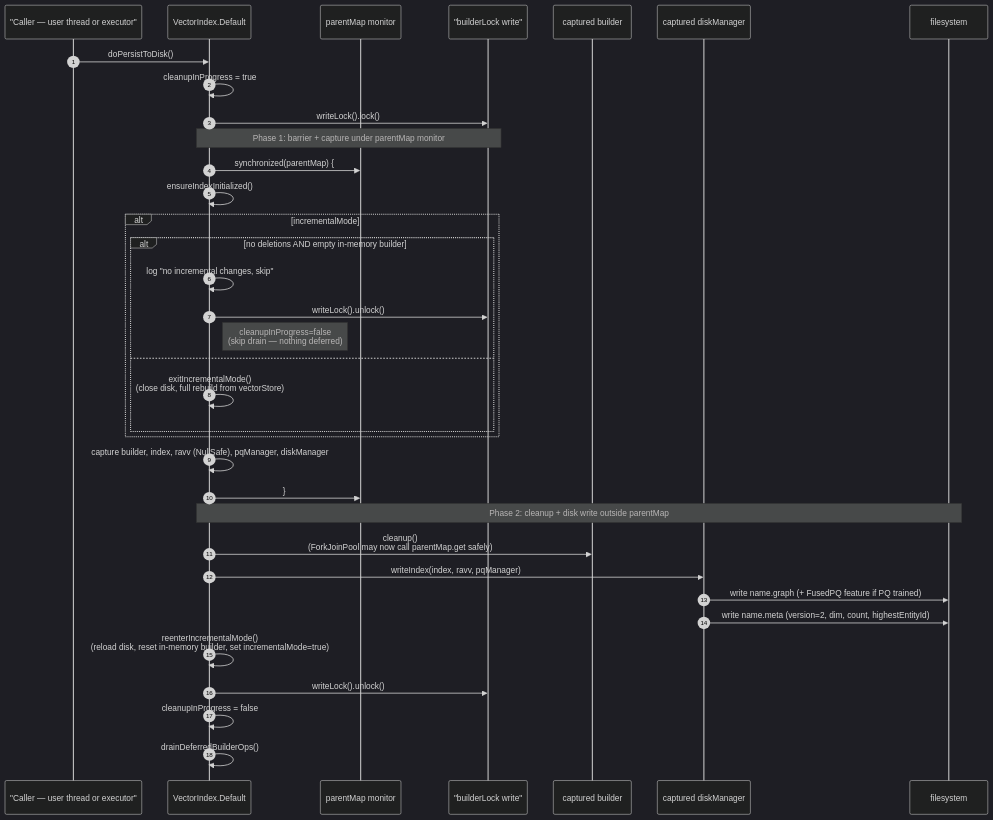
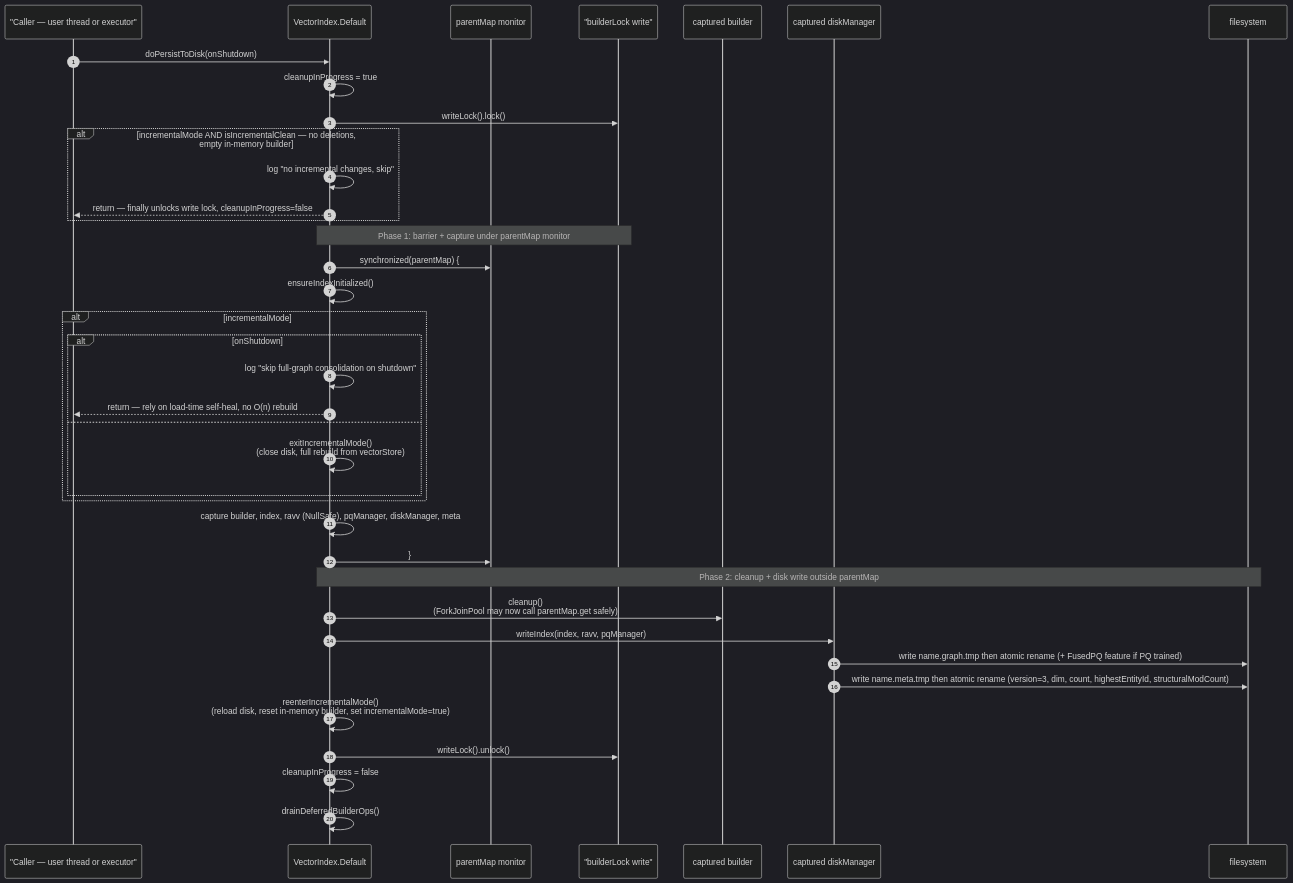
One commit to eclipse-store/store changed the seventh of 10 diagrams in gigamap/jvector/ARCHITECTURE.md. Above: the diagram before and after it, drawn with Mermaid (dark theme). The commit also changed other lines of this file and 7 other files, not shown here.

First line of the commit message:
Don't rebuild the full jVector graph on shutdown persist (#112) (#774)

````diff
--- a/gigamap/jvector/ARCHITECTURE.md
+++ b/gigamap/jvector/ARCHITECTURE.md
@@ -510,42 +510,46 @@
 ```mermaid
 sequenceDiagram
     autonumber
     participant Caller as "Caller — user thread or executor"
     participant VI as VectorIndex.Default
     participant PM as parentMap monitor
     participant L as "builderLock write"
     participant Bx as captured builder
     participant DIM as captured diskManager
     participant FS as filesystem
 
-    Caller->>VI: doPersistToDisk()
+    Caller->>VI: doPersistToDisk(onShutdown)
     VI->>VI: cleanupInProgress = true
     VI->>L: writeLock().lock()
+
+    alt incrementalMode AND isIncrementalClean — no deletions, empty in-memory builder
+        VI->>VI: log "no incremental changes, skip"
+        VI-->>Caller: return — finally unlocks write lock, cleanupInProgress=false
+    end
 
     Note over VI,L: Phase 1: barrier + capture under parentMap monitor
 
     VI->>PM: synchronized(parentMap) {
     VI->>VI: ensureIndexInitialized()
     alt incrementalMode
-        alt no deletions AND empty in-memory builder
-            VI->>VI: log "no incremental changes, skip"
-            VI->>L: writeLock().unlock()
-            Note right of VI: cleanupInProgress=false<br/>(skip drain — nothing deferred)
+        alt onShutdown
+            VI->>VI: log "skip full-graph consolidation on shutdown"
+            VI-->>Caller: return — rely on load-time self-heal, no O(n) rebuild
         else
             VI->>VI: exitIncrementalMode()<br/>(close disk, full rebuild from vectorStore)
         end
     end
-    VI->>VI: capture builder, index, ravv (NullSafe), pqManager, diskManager
+    VI->>VI: capture builder, index, ravv (NullSafe), pqManager, diskManager, meta
     VI->>PM: }
 
     Note over VI,FS: Phase 2: cleanup + disk write outside parentMap
 
     VI->>Bx: cleanup()<br/>(ForkJoinPool may now call parentMap.get safely)
     VI->>DIM: writeIndex(index, ravv, pqManager)
-    DIM->>FS: write name.graph (+ FusedPQ feature if PQ trained)
-    DIM->>FS: write name.meta (version=2, dim, count, highestEntityId)
+    DIM->>FS: write name.graph.tmp then atomic rename (+ FusedPQ feature if PQ trained)
+    DIM->>FS: write name.meta.tmp then atomic rename (version=3, dim, count, highestEntityId, structuralModCount)
     VI->>VI: reenterIncrementalMode()<br/>(reload disk, reset in-memory builder, set incrementalMode=true)
     VI->>L: writeLock().unlock()
     VI->>VI: cleanupInProgress = false
     VI->>VI: drainDeferredBuilderOps()
 ```
````
